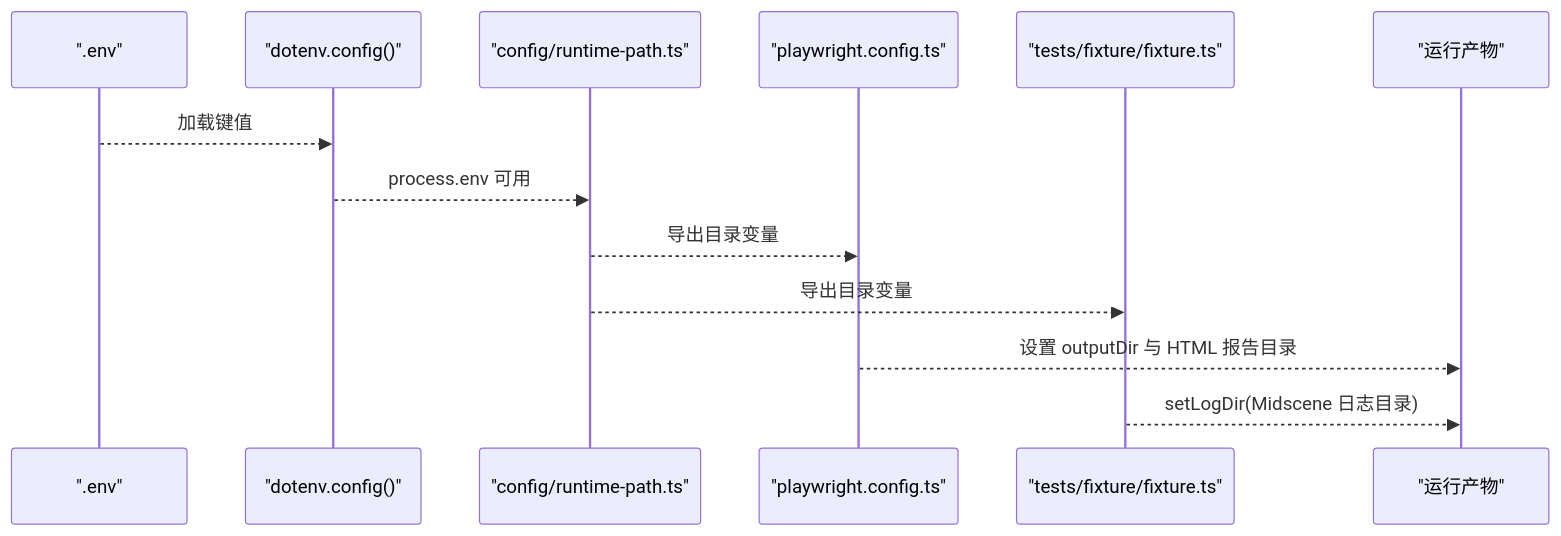
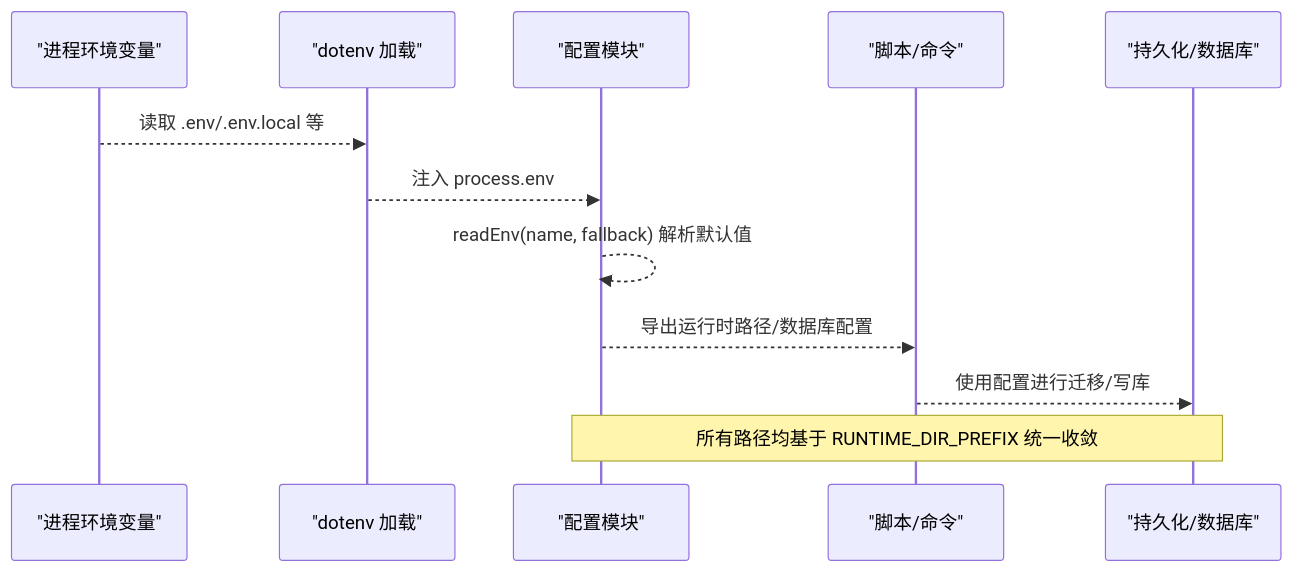
Before and after one commit to Jiane-EJ/playwright-mind: the second of 6 diagrams in .qoder/repowiki/zh/content/配置管理系统/环境变量管理.md, drawn with Mermaid. The commit also changed other lines of this file and 151 other files, not shown here.

````diff
--- a/.qoder/repowiki/zh/content/配置管理系统/环境变量管理.md
+++ b/.qoder/repowiki/zh/content/配置管理系统/环境变量管理.md
@@ -122,15 +134,14 @@
 ```mermaid
 sequenceDiagram
-participant ENV as ".env"
-participant DOT as "dotenv.config()"
-participant CFG as "config/runtime-path.ts"
-participant PWC as "playwright.config.ts"
-participant FIX as "tests/fixture/fixture.ts"
-participant OUT as "运行产物"
-ENV-->>DOT : 加载键值
-DOT-->>CFG : process.env 可用
-CFG-->>PWC : 导出目录变量
-CFG-->>FIX : 导出目录变量
-PWC-->>OUT : 设置 outputDir 与 HTML 报告目录
-FIX-->>OUT : setLogDir(Midscene 日志目录)
+participant Env as "进程环境变量"
+participant Dotenv as "dotenv 加载"
+participant Cfg as "配置模块"
+participant Script as "脚本/命令"
+participant Persist as "持久化/数据库"
+Env-->>Dotenv : 读取 .env/.env.local 等
+Dotenv-->>Cfg : 注入 process.env
+Cfg-->>Cfg : readEnv(name, fallback) 解析默认值
+Cfg-->>Script : 导出运行时路径/数据库配置
+Script-->>Persist : 使用配置进行迁移/写库
+Note over Cfg,Persist : 所有路径均基于 RUNTIME_DIR_PREFIX 统一收敛
 ```
````
